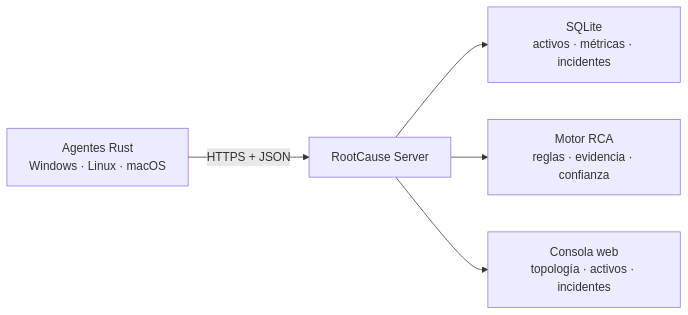
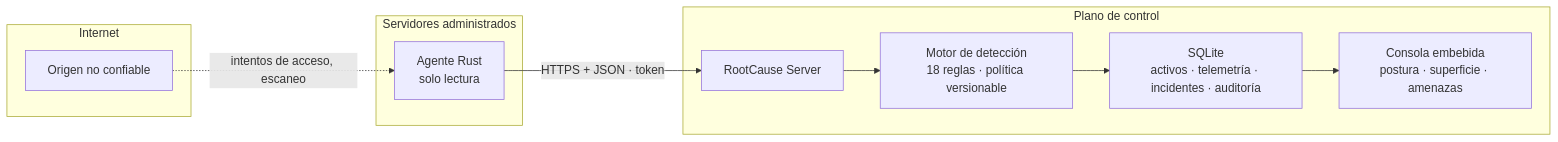
The diagram in README.md (vladimiracunadev-create/rootcause-server), drawn with Mermaid before and after one commit. The commit also changed other lines of this file and 55 other files, not shown here.

````diff
--- a/README.md
+++ b/README.md
@@ -41,7 +98,21 @@
 ```mermaid
 flowchart LR
-    A["Agentes Rust<br/>Windows · Linux · macOS"] -->|"HTTPS + JSON"| B["RootCause Server"]
-    B --> C["SQLite<br/>activos · métricas · incidentes"]
-    B --> D["Motor RCA<br/>reglas · evidencia · confianza"]
-    B --> E["Consola web<br/>topología · activos · incidentes"]
+    subgraph fuera["Internet"]
+        A["Origen no confiable"]
+    end
+    subgraph flota["Servidores administrados"]
+        B["Agente Rust<br/>solo lectura"]
+    end
+    subgraph control["Plano de control"]
+        C["RootCause Server"]
+        D["Motor de detección<br/>18 reglas · política versionable"]
+        E["SQLite<br/>activos · telemetría · incidentes · auditoría"]
+        F["Consola embebida<br/>postura · superficie · amenazas"]
+    end
+
+    A -. "intentos de acceso, escaneo" .-> B
+    B -->|"HTTPS + JSON · token"| C
+    C --> D
+    D --> E
+    E --> F
 ```
````
